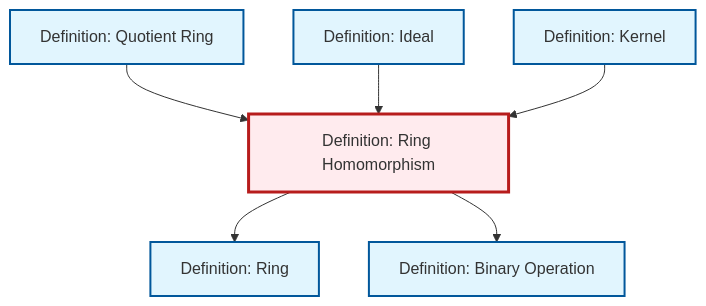
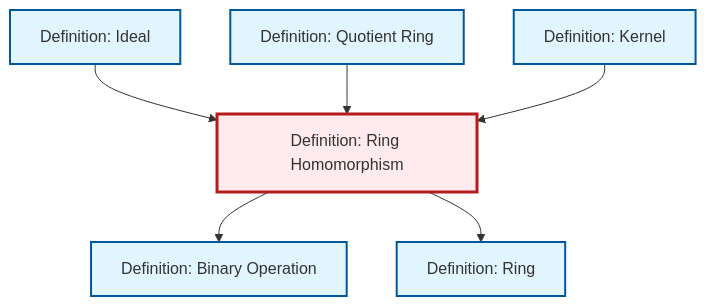
Before and after one commit to RK0429/ModernMath: the diagram in content/en/algebra/def-ring-homomorphism.qmd, drawn with Mermaid. The commit also changed other lines of this file and 672 other files, not shown here.

````diff
--- a/content/en/algebra/def-ring-homomorphism.qmd
+++ b/content/en/algebra/def-ring-homomorphism.qmd
@@ -86,26 +86,26 @@
 ```{mermaid}
 %%| fig-cap: "Local dependency graph"
 graph TD
     classDef definition fill:#e1f5fe,stroke:#01579b,stroke-width:2px
     classDef theorem fill:#f3e5f5,stroke:#4a148c,stroke-width:2px
     classDef axiom fill:#fff3e0,stroke:#e65100,stroke-width:2px
     classDef example fill:#e8f5e9,stroke:#1b5e20,stroke-width:2px
     classDef current fill:#ffebee,stroke:#b71c1c,stroke-width:3px
+    def-binary-operation["Definition: Binary Operation"]:::definition
+    def-ring-homomorphism["Definition: Ring Homomorphism"]:::definition
+    def-ideal["Definition: Ideal"]:::definition
+    def-ring["Definition: Ring"]:::definition
+    def-quotient-ring["Definition: Quotient Ring"]:::definition
     def-kernel["Definition: Kernel"]:::definition
-    def-ring-homomorphism["Definition: Ring Homomorphism"]:::definition
-    def-ring["Definition: Ring"]:::definition
-    def-binary-operation["Definition: Binary Operation"]:::definition
-    def-quotient-ring["Definition: Quotient Ring"]:::definition
-    def-ideal["Definition: Ideal"]:::definition
-    def-quotient-ring --> def-ring-homomorphism
+    def-ring-homomorphism --> def-binary-operation
     def-ideal --> def-ring-homomorphism
     def-ring-homomorphism --> def-ring
+    def-quotient-ring --> def-ring-homomorphism
     def-kernel --> def-ring-homomorphism
-    def-ring-homomorphism --> def-binary-operation
     class def-ring-homomorphism current
+    click def-binary-operation "def-binary-operation.html" "Go to Binary Operation definition"
+    click def-ideal "def-ideal.html" "Go to Ideal definition"
+    click def-ring "def-ring.html" "Go to Ring definition"
+    click def-quotient-ring "def-quotient-ring.html" "Go to Quotient Ring definition"
     click def-kernel "def-kernel.html" "Go to Kernel definition"
-    click def-ring "def-ring.html" "Go to Ring definition"
-    click def-binary-operation "def-binary-operation.html" "Go to Binary Operation definition"
-    click def-quotient-ring "def-quotient-ring.html" "Go to Quotient Ring definition"
-    click def-ideal "def-ideal.html" "Go to Ideal definition"
 ```
````
